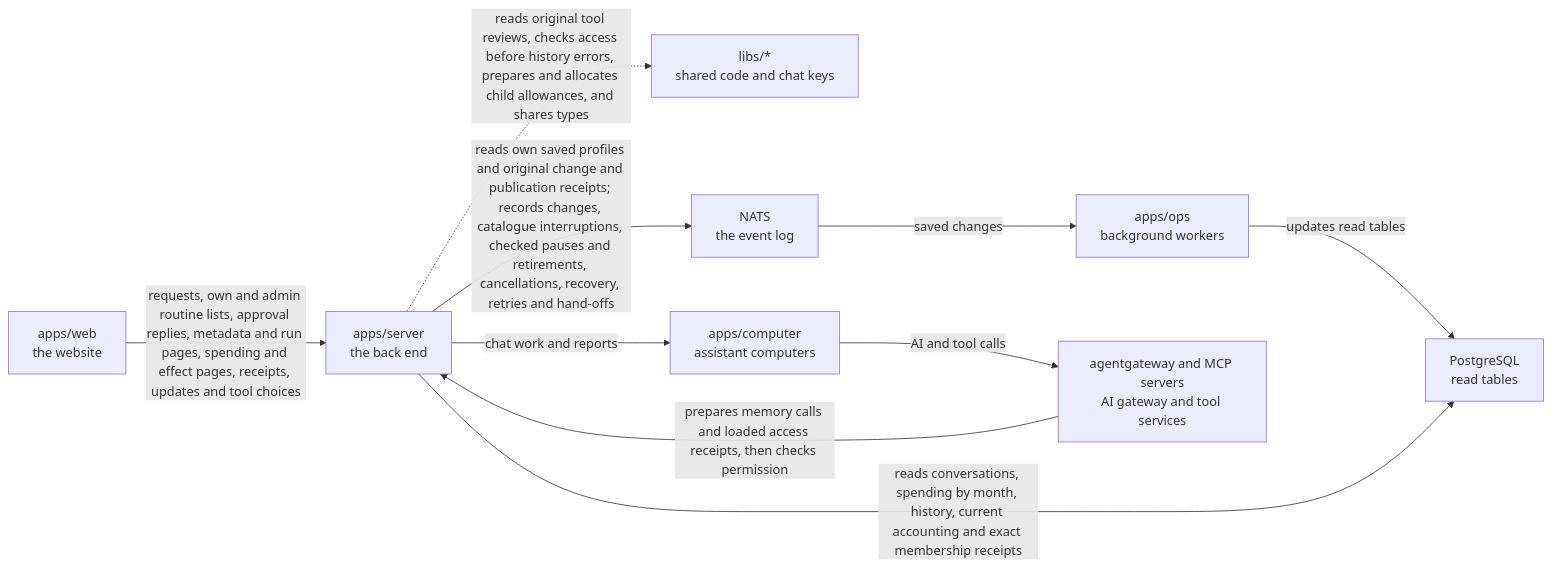
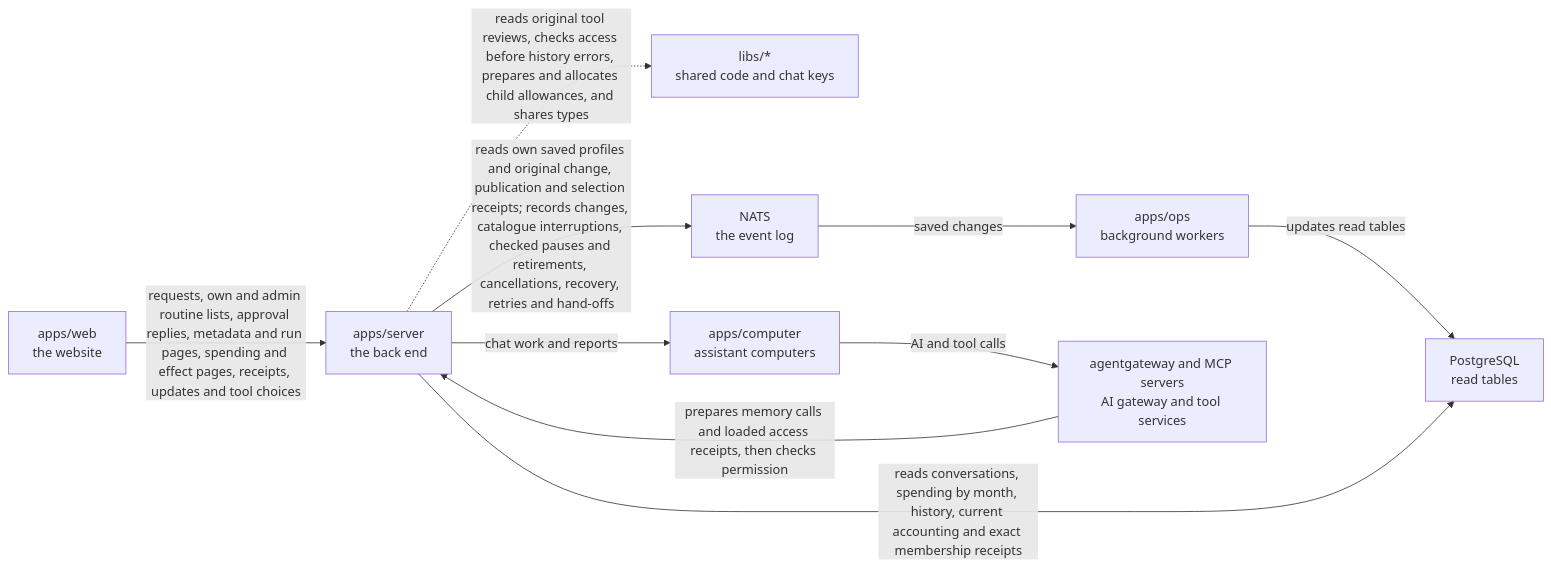
Before and after one commit to elewa-git/opencrane-new: the diagram in apps/server/README.md, drawn with Mermaid. The commit also changed other lines of this file and 9 other files, not shown here.

Commit message:
🔎 Read original personal account selection receipts

````diff
--- a/apps/server/README.md
+++ b/apps/server/README.md
@@ -60,12 +60,12 @@
 ```mermaid
 flowchart LR
   web["apps/web<br/>the website"] -->|requests, own and admin routine lists, approval replies, metadata and run pages, spending and effect pages, receipts, updates and tool choices| server["apps/server<br/>the back end"]
   server -.->|reads original tool reviews, checks access before history errors, prepares and allocates child allowances, and shares types| libs["libs/*<br/>shared code and chat keys"]
-  server -->|reads own saved profiles and original change and publication receipts; records changes, catalogue interruptions, checked pauses and retirements, cancellations, recovery, retries and hand-offs| nats["NATS<br/>the event log"]
+  server -->|reads own saved profiles and original change, publication and selection receipts; records changes, catalogue interruptions, checked pauses and retirements, cancellations, recovery, retries and hand-offs| nats["NATS<br/>the event log"]
   nats -->|saved changes| ops["apps/ops<br/>background workers"]
   ops -->|updates read tables| postgres["PostgreSQL<br/>read tables"]
   server -->|reads conversations, spending by month, history, current accounting and exact membership receipts| postgres
   server -->|chat work and reports| computer["apps/computer<br/>assistant computers"]
   computer -->|AI and tool calls| runtime["agentgateway and MCP servers<br/>AI gateway and tool services"]
   runtime -->|prepares memory calls and loaded access receipts, then checks permission| server
 ```
````
